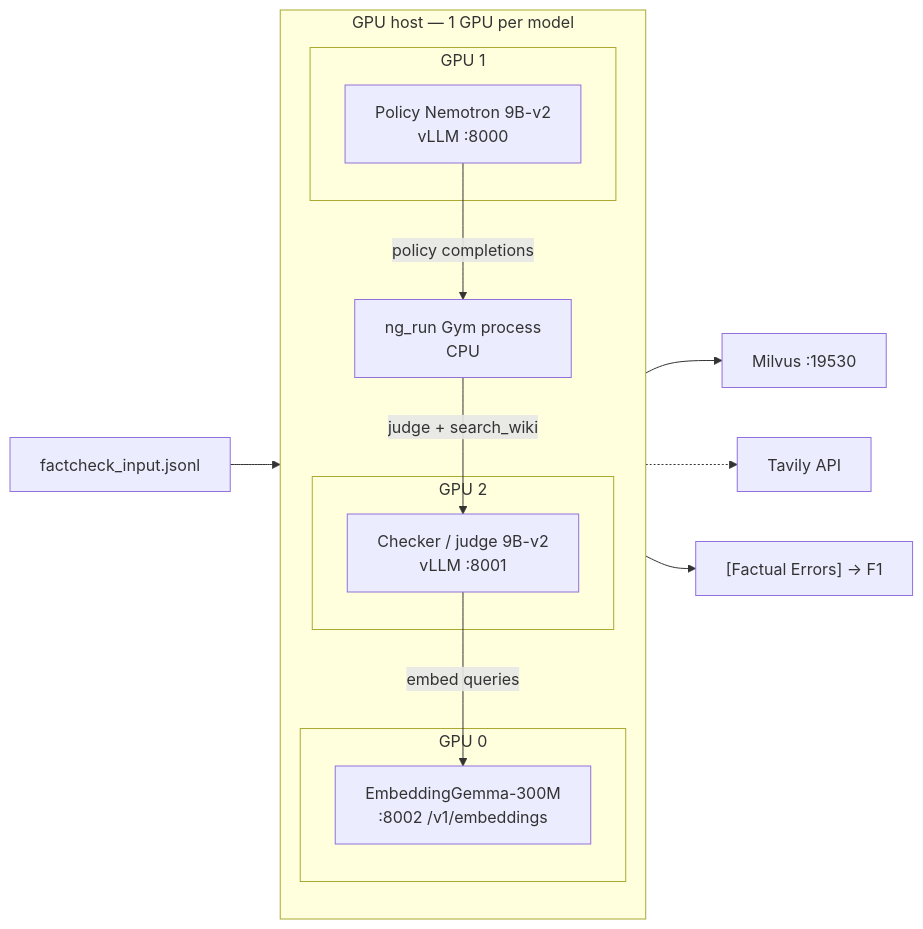
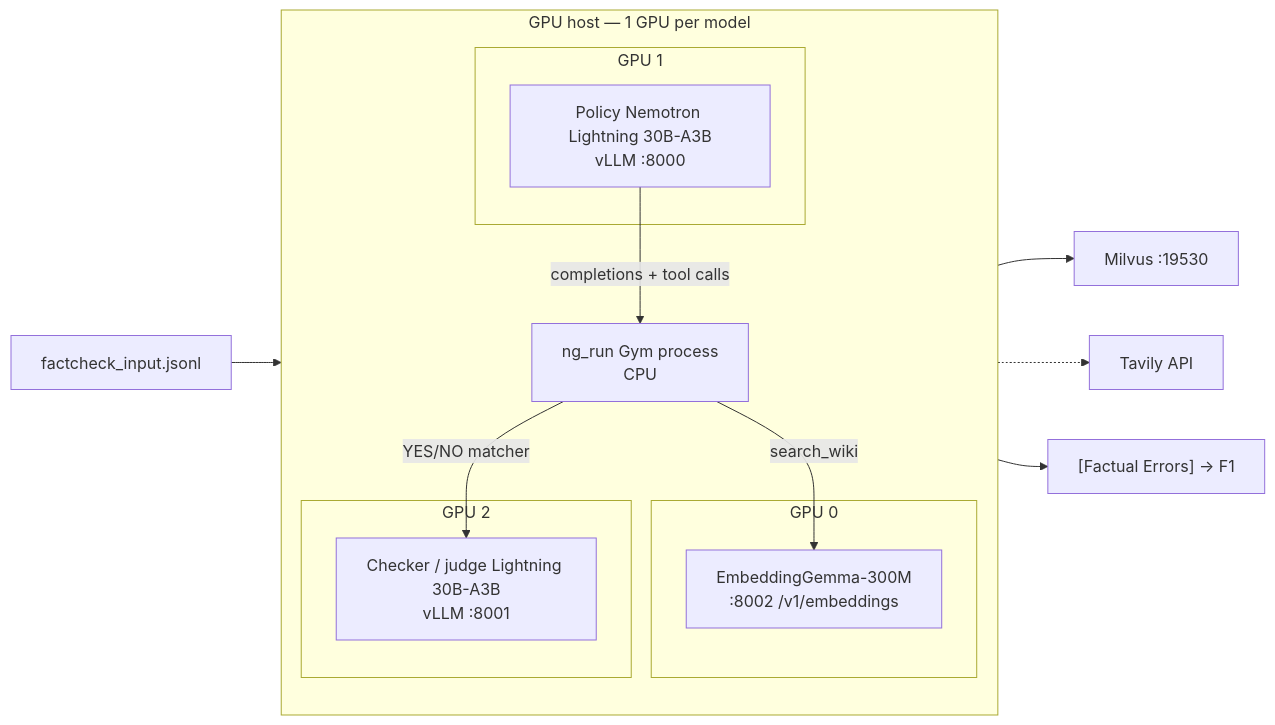
The diagram in README.md (singhmanas1/nemo-gym-factcheck), drawn with Mermaid before and after one commit. The commit also changed other lines of this file and 29 other files, not shown here.

First line of the commit message:
Ship Lightning fact-check harness: search cap, line-count F1, step timings.

````diff
--- a/README.md
+++ b/README.md
@@ -11,23 +11,23 @@
 ```mermaid
 flowchart LR
   subgraph host["GPU host — 1 GPU per model"]
     direction TB
     subgraph g0["GPU 0"]
       E["EmbeddingGemma-300M<br/>:8002 /v1/embeddings"]
     end
     subgraph g1["GPU 1"]
-      P["Policy Nemotron 9B-v2<br/>vLLM :8000"]
+      P["Policy Nemotron Lightning 30B-A3B<br/>vLLM :8000"]
     end
     subgraph g2["GPU 2"]
-      C["Checker / judge 9B-v2<br/>vLLM :8001"]
+      C["Checker / judge Lightning 30B-A3B<br/>vLLM :8001"]
     end
     Gym["ng_run Gym process<br/>CPU"]
   end
   In["factcheck_input.jsonl"] --> P
-  P -->|"policy completions"| Gym
-  Gym -->|"judge + search_wiki"| C
-  C -->|"embed queries"| E
+  P -->|"completions + tool calls"| Gym
+  Gym -->|"search_wiki"| E
   E --> M["Milvus :19530"]
-  E -.-> T["Tavily API"]
+  Gym -.-> T["Tavily API"]
+  Gym -->|"YES/NO matcher"| C
   C --> Out["[Factual Errors] → F1"]
 ```
````
